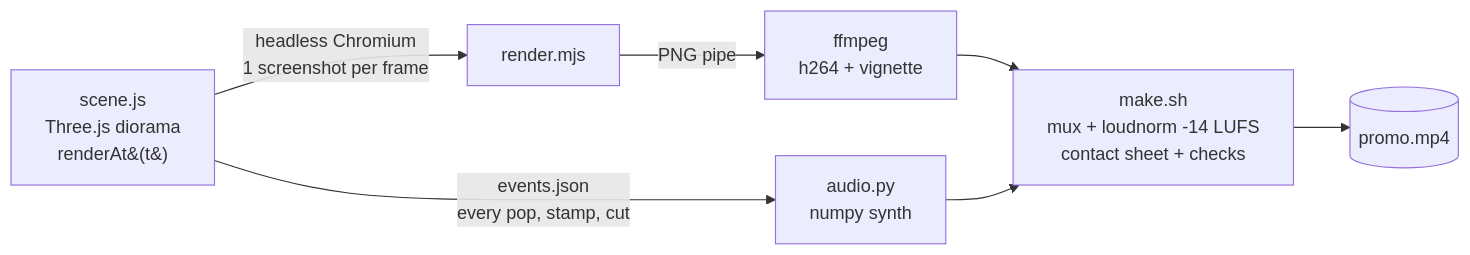
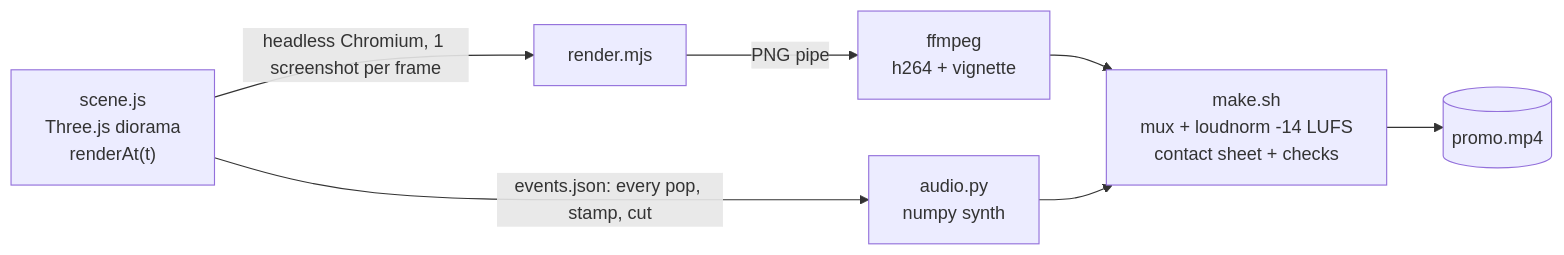
The diagram in README.md (habibtalib/claude-motion-promo-skill), drawn with Mermaid before and after one commit.

Commit message:
docs: fix Mermaid diagram parse error (quote labels containing parentheses)

````diff
--- a/README.md
+++ b/README.md
@@ -66,9 +66,9 @@
 ```mermaid
 flowchart LR
-  A[scene.js<br/>Three.js diorama<br/>renderAt&#40;t&#41;] -->|headless Chromium<br/>1 screenshot per frame| B[render.mjs]
-  B -->|PNG pipe| C[ffmpeg<br/>h264 + vignette]
-  A -->|events.json<br/>every pop, stamp, cut| D[audio.py<br/>numpy synth]
-  C --> E[make.sh<br/>mux + loudnorm -14 LUFS<br/>contact sheet + checks]
+  A["scene.js<br/>Three.js diorama<br/>renderAt(t)"] -->|"headless Chromium, 1 screenshot per frame"| B["render.mjs"]
+  B -->|"PNG pipe"| C["ffmpeg<br/>h264 + vignette"]
+  A -->|"events.json: every pop, stamp, cut"| D["audio.py<br/>numpy synth"]
+  C --> E["make.sh<br/>mux + loudnorm -14 LUFS<br/>contact sheet + checks"]
   D --> E
-  E --> F[(promo.mp4)]
+  E --> F[("promo.mp4")]
 ```
````
